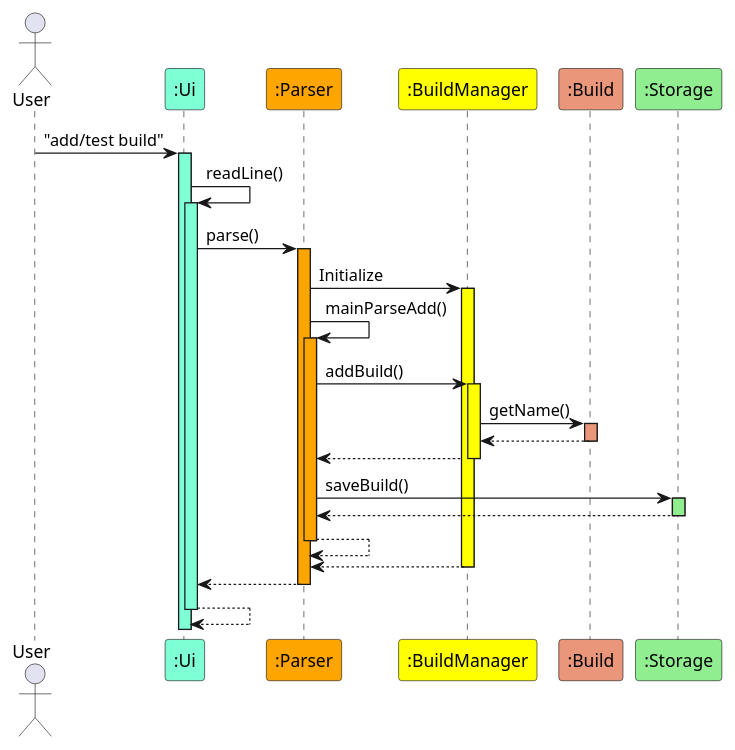
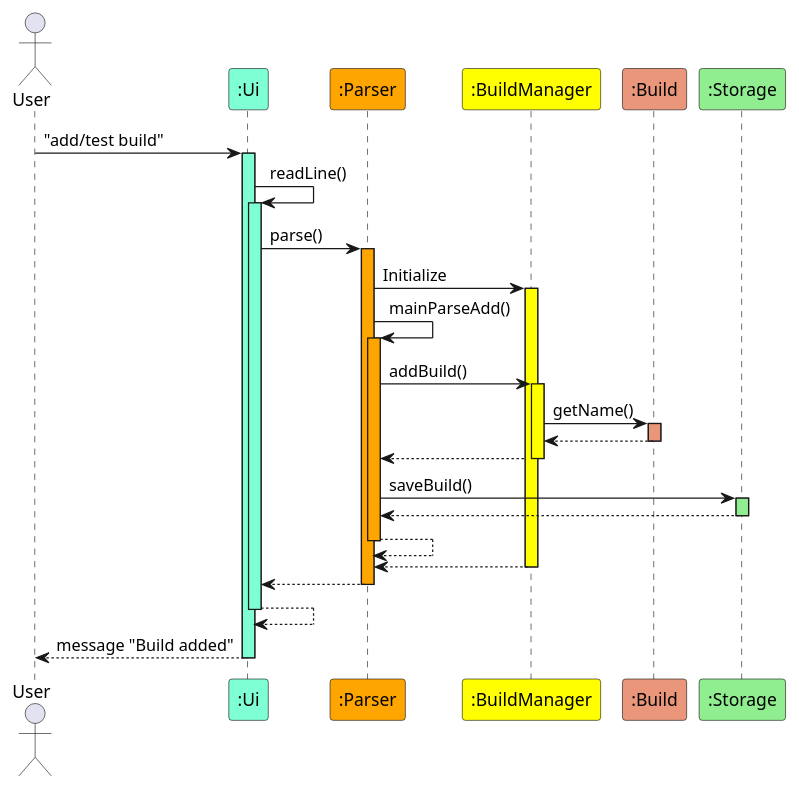
One commit to nus-cs2113-AY2223S1/tp changed the diagram in docs/puml/BuildManagerAddBuildSequence.puml. Above: the diagram before and after it, drawn with PlantUML. The commit also changed 22 other files, not shown here.

```diff
--- a/docs/puml/BuildManagerAddBuildSequence.puml
+++ b/docs/puml/BuildManagerAddBuildSequence.puml
@@ -1,37 +1,39 @@
 @startuml
 
 actor User
 Participant ":Ui" as Ui #AquaMarine
 Participant ":Parser" as Parser #Orange
 Participant ":BuildManager" as BuildManager #Yellow
 Participant ":Build" as Build #DarkSalmon
 Participant ":Storage" as Storage #LightGreen
 
 User -> Ui ++ #AquaMarine : "add/test build"
 
 Ui -> Ui ++ #AquaMarine : readLine()
 
 Ui -> Parser ++ #Orange : parse()
 
 Parser -> BuildManager ++ #Yellow : Initialize
 
 Parser -> Parser ++ #Orange : mainParseAdd()
 
 Parser -> BuildManager ++ #Yellow : addBuild()
 
 BuildManager -> Build ++ #DarkSalmon : getName()
 return
 
 return
 
 Parser -> Storage ++ #LightGreen : saveBuild()
 return
 
 return
 
 return
 
 return
 
 return
+
+return message "Build added"
 @enduml
```
